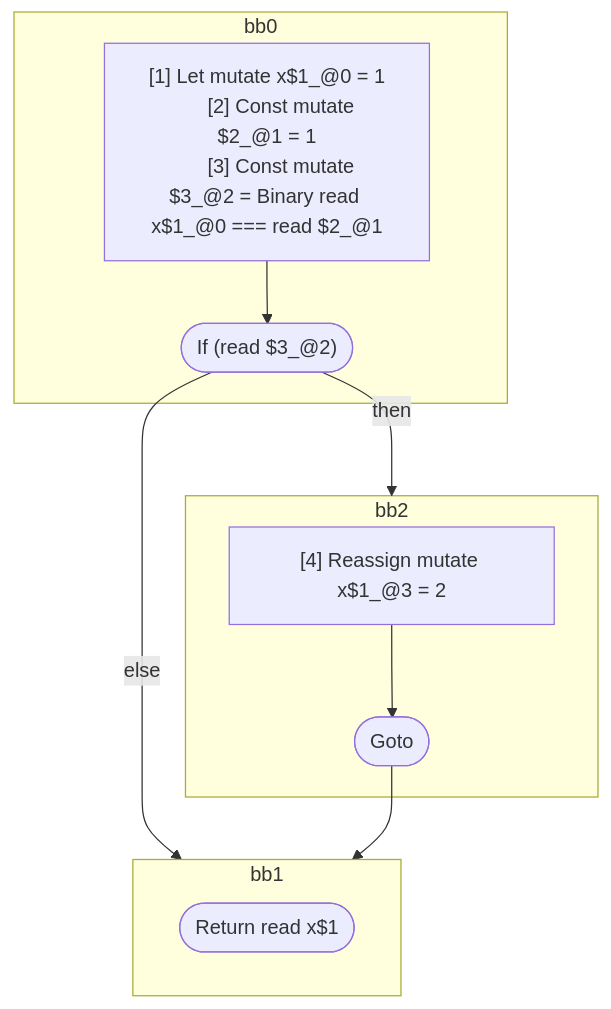
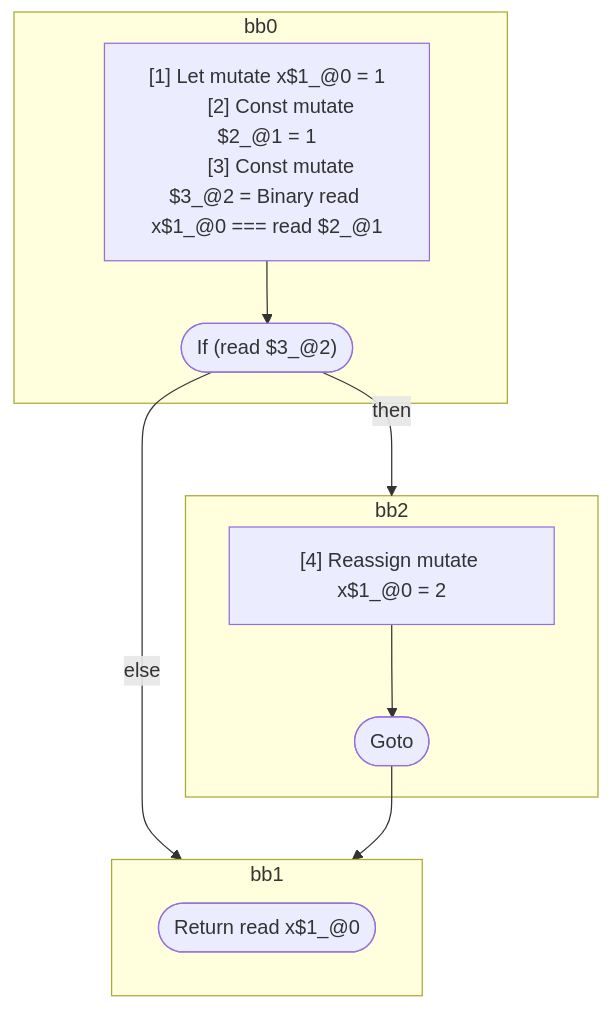
One commit to wutsmog/private changed the diagram in compiler/forget/src/__tests__/fixtures/hir/ssa-return.expect.md. Above: the diagram before and after it, drawn with Mermaid. The commit also changed other lines of this file and 18 other files, not shown here.

````diff
--- a/compiler/forget/src/__tests__/fixtures/hir/ssa-return.expect.md
+++ b/compiler/forget/src/__tests__/fixtures/hir/ssa-return.expect.md
@@ -35,27 +35,27 @@
 ```mermaid
 flowchart TB
   %% Basic Blocks
   subgraph bb0
     bb0_instrs["
       [1] Let mutate x$1_@0 = 1
       [2] Const mutate $2_@1 = 1
       [3] Const mutate $3_@2 = Binary read x$1_@0 === read $2_@1
     "]
     bb0_instrs --> bb0_terminal(["If (read $3_@2)"])
   end
   subgraph bb2
     bb2_instrs["
-      [4] Reassign mutate x$1_@3 = 2
+      [4] Reassign mutate x$1_@0 = 2
     "]
     bb2_instrs --> bb2_terminal(["Goto"])
   end
   subgraph bb1
-    bb1_terminal(["Return read x$1"])
+    bb1_terminal(["Return read x$1_@0"])
   end
 
   %% Jumps
   bb0_terminal -- then --> bb2
   bb0_terminal -- else --> bb1
   bb2_terminal --> bb1
 
 ```
````
